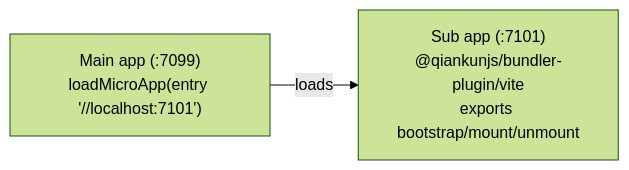
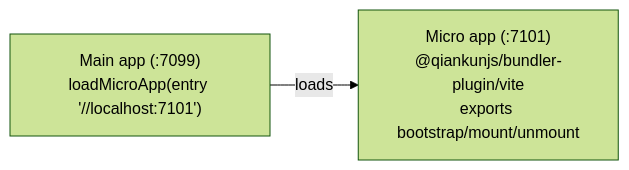
The second of 2 diagrams in docs/ecosystem/create-qiankun.md (umijs/qiankun), drawn with Mermaid (forest theme) before and after one commit. The commit also changed other lines of this file and 63 other files, not shown here.

````diff
--- a/docs/ecosystem/create-qiankun.md
+++ b/docs/ecosystem/create-qiankun.md
@@ -424,4 +424,4 @@
 ```mermaid
 flowchart LR
-  M["Main app (:7099)<br/>loadMicroApp(entry '//localhost:7101')"] -->|loads| S["Sub app (:7101)<br/>@qiankunjs/bundler-plugin/vite<br/>exports bootstrap/mount/unmount"]
+  M["Main app (:7099)<br/>loadMicroApp(entry '//localhost:7101')"] -->|loads| S["Micro app (:7101)<br/>@qiankunjs/bundler-plugin/vite<br/>exports bootstrap/mount/unmount"]
 ```
````
